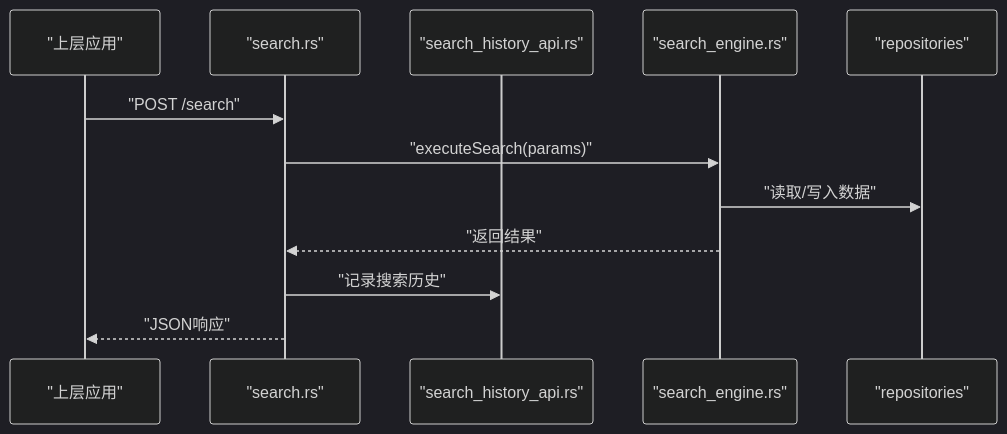
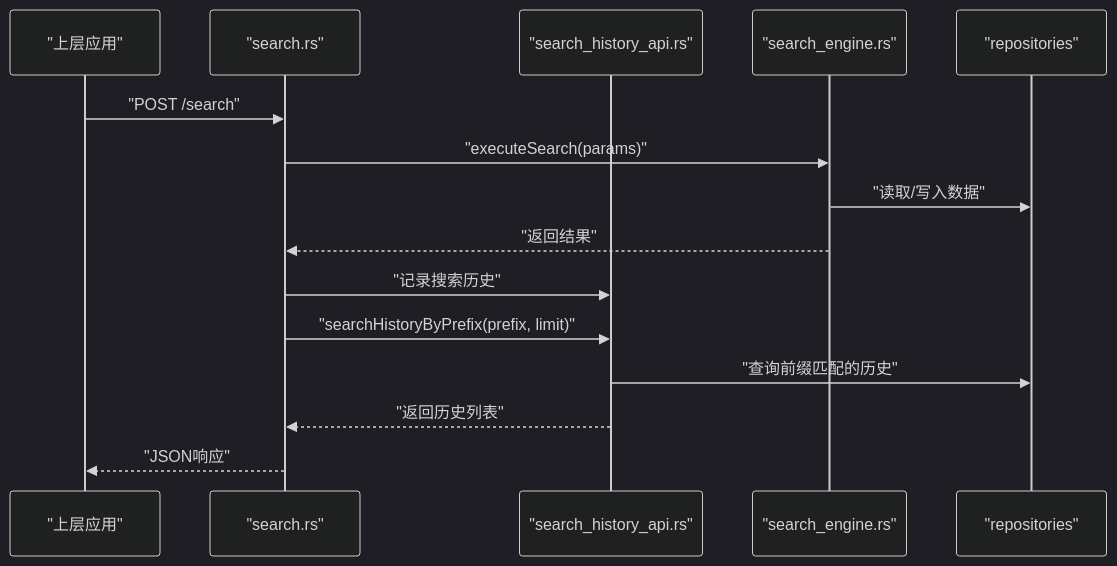
The sixth of 8 diagrams in .qoder/repowiki/zh/content/项目概述/核心功能特性/搜索功能.md (ZhangGHGitHub/LegadoTeamFlutter), drawn with Mermaid (dark theme) before and after one commit. The commit also changed other lines of this file and 173 other files, not shown here.

````diff
--- a/.qoder/repowiki/zh/content/项目概述/核心功能特性/搜索功能.md
+++ b/.qoder/repowiki/zh/content/项目概述/核心功能特性/搜索功能.md
@@ -257,14 +275,17 @@
 ```mermaid
 sequenceDiagram
 participant App as "上层应用"
 participant FFI_Search as "search.rs"
 participant FFI_History as "search_history_api.rs"
 participant Core as "search_engine.rs"
 participant Repo as "repositories"
 App->>FFI_Search : "POST /search"
 FFI_Search->>Core : "executeSearch(params)"
 Core->>Repo : "读取/写入数据"
 Core-->>FFI_Search : "返回结果"
 FFI_Search->>FFI_History : "记录搜索历史"
+FFI_Search->>FFI_History : "searchHistoryByPrefix(prefix, limit)"
+FFI_History->>Repo : "查询前缀匹配的历史"
+FFI_History-->>FFI_Search : "返回历史列表"
 FFI_Search-->>App : "JSON响应"
 ```
````
